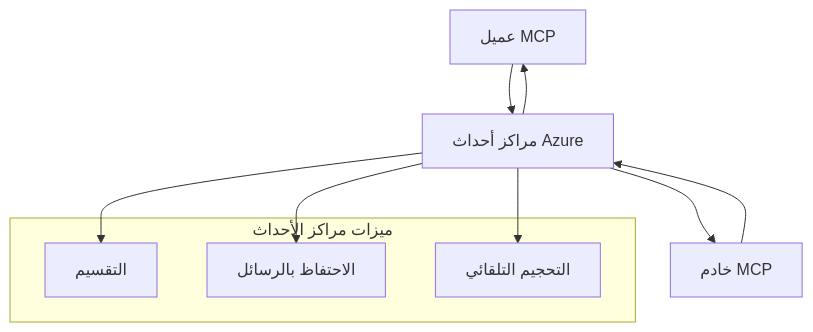
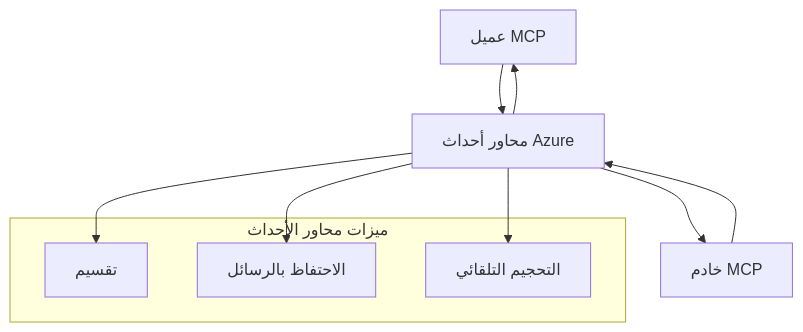
Before and after one commit to HIDORAKAI002/ai-workspace-archive: the second of 2 diagrams in mcp_ecosystem__model_context_protocol/mcp_learning_resources/mcp-for-beginners/translations/ar/05-AdvancedTopics/mcp-transport/README.md, drawn with Mermaid. The commit also changed other lines of this file and 1539 other files, not shown here.

````diff
--- a/mcp_ecosystem__model_context_protocol/mcp_learning_resources/mcp-for-beginners/translations/ar/05-AdvancedTopics/mcp-transport/README.md
+++ b/mcp_ecosystem__model_context_protocol/mcp_learning_resources/mcp-for-beginners/translations/ar/05-AdvancedTopics/mcp-transport/README.md
@@ -269,17 +270,17 @@
 ```mermaid
 graph TB
-    Client[عميل MCP] --> EH[مراكز أحداث Azure]
+    Client[عميل MCP] --> EH[محاور أحداث Azure]
     EH --> Server[خادم MCP]
     Server --> EH
     EH --> Client
     
-    subgraph "ميزات مراكز الأحداث"
-        Partition[التقسيم]
+    subgraph "ميزات محاور الأحداث"
+        Partition[تقسيم]
         Retention[الاحتفاظ بالرسائل]
         Scaling[التحجيم التلقائي]
     end
     
     EH --> Partition
     EH --> Retention
     EH --> Scaling
 ```
````
